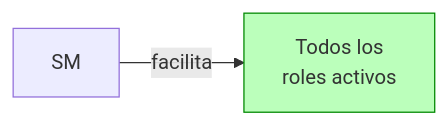
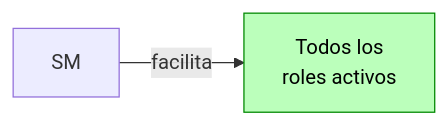
The ninth of 14 diagrams in docs/role-profiles.md (virgenherrera/idea-to-mvp), drawn with Mermaid before and after one commit. The commit also changed other lines of this file and 1 other file, not shown here.

First line of the commit message:
fix: add explicit text color to mermaid diagram nodes

````diff
--- a/docs/role-profiles.md
+++ b/docs/role-profiles.md
@@ -513,6 +513,6 @@
 ```mermaid
 flowchart LR
     SM_F8["SM"] -->|"facilita"| ALL["Todos los\nroles activos"]
 
-    style ALL fill:#bfb,stroke:#080
+    style ALL fill:#bfb,stroke:#080,color:#000
 ```
````
